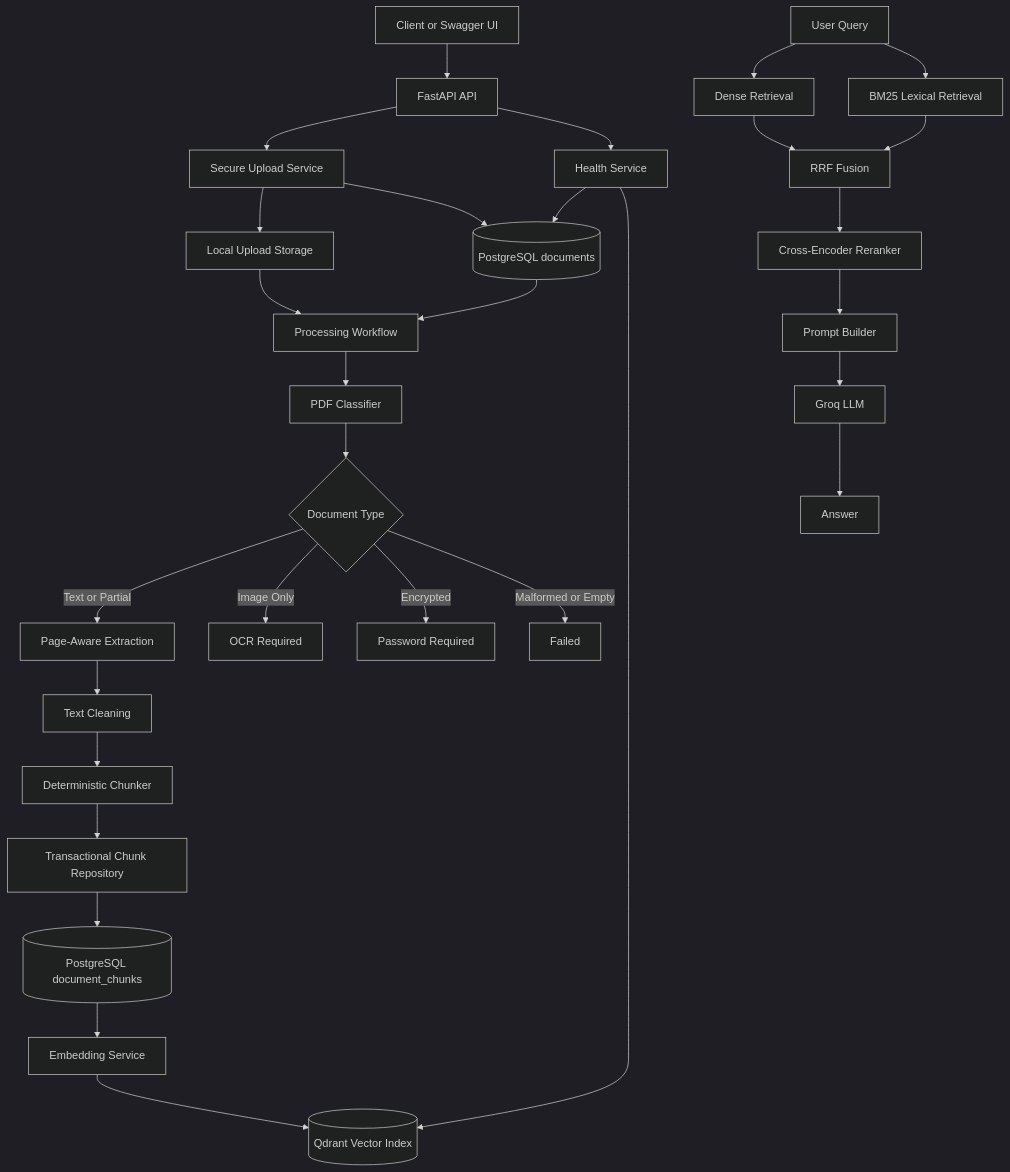
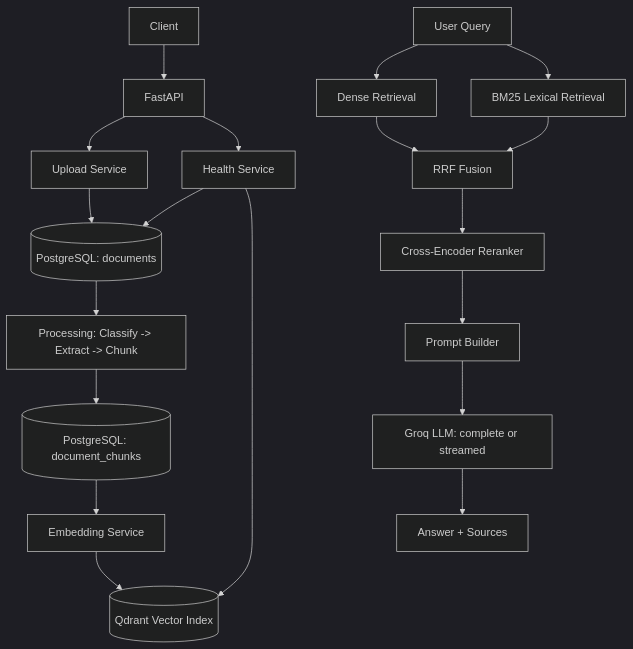
Before and after one commit to dhirenlulla/evidencevault-ai: the diagram in README.md, drawn with Mermaid (dark theme). The commit also changed other lines of this file, not shown here.

````diff
--- a/README.md
+++ b/README.md
@@ -400,38 +96,20 @@
 ```mermaid
 flowchart TD
-    A[Client or Swagger UI] --> B[FastAPI API]
-    B --> C[Secure Upload Service]
-    C --> D[Local Upload Storage]
-    C --> E[(PostgreSQL documents)]
+    A[Client] --> B[FastAPI]
+    B --> C[Upload Service] --> D[(PostgreSQL: documents)]
+    D --> E[Processing: Classify -> Extract -> Chunk]
+    E --> F[(PostgreSQL: document_chunks)]
+    F --> G[Embedding Service] --> H[(Qdrant Vector Index)]
 
-    E --> F[Processing Workflow]
-    D --> F
-    F --> G[PDF Classifier]
-    G --> H{Document Type}
+    I[User Query] --> J[Dense Retrieval]
+    I --> K[BM25 Lexical Retrieval]
+    J --> L[RRF Fusion]
+    K --> L
+    L --> M[Cross-Encoder Reranker]
+    M --> N[Prompt Builder]
+    N --> O[Groq LLM: complete or streamed]
+    O --> P[Answer + Sources]
 
-    H -->|Text or Partial| I[Page-Aware Extraction]
-    H -->|Image Only| J[OCR Required]
-    H -->|Encrypted| K[Password Required]
-    H -->|Malformed or Empty| L[Failed]
-
-    I --> M[Text Cleaning]
-    M --> N[Deterministic Chunker]
-    N --> O[Transactional Chunk Repository]
-    O --> P[(PostgreSQL document_chunks)]
-
-    P --> Q[Embedding Service]
-    Q --> R[(Qdrant Vector Index)]
-
-    S[User Query] --> T[Dense Retrieval]
-    S --> U[BM25 Lexical Retrieval]
-    T --> V[RRF Fusion]
-    U --> V
-    V --> W[Cross-Encoder Reranker]
-    W --> X[Prompt Builder]
-    X --> Y[Groq LLM]
-    Y --> Z[Answer]
-
-    B --> AA[Health Service]
-    AA --> E
-    AA --> R
+    B --> Q[Health Service] --> D
+    Q --> H
 ```
````
